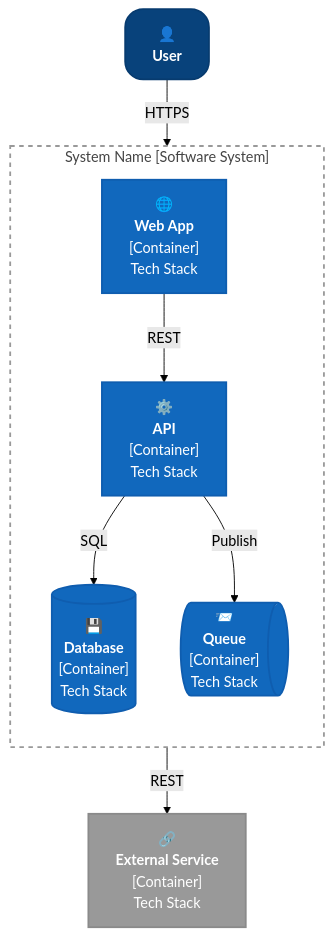
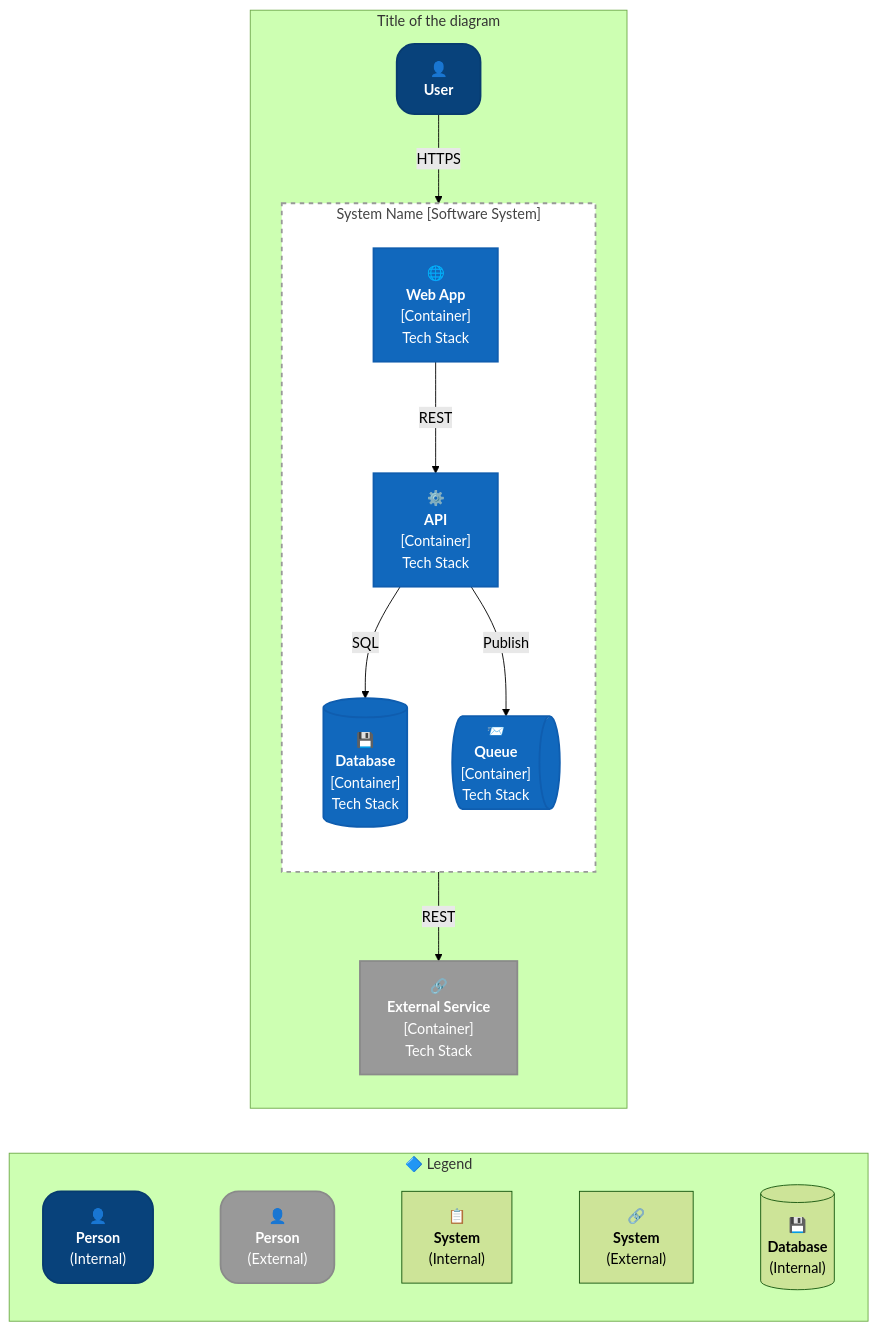
One commit to LockTar/C4-Modeling-in-Mermaid changed the sixth of 6 diagrams in C4-cheatsheets/C4-Container-Diagram-Mermaid-Flowchart-Cheatsheet.md. Above: the diagram before and after it, drawn with Mermaid (forest theme). The commit also changed other lines of this file and 3 other files, not shown here.

Commit message:
Enhance C4 Mermaid Cheatsheets with PersonExt class definitions and improve diagram styling for clarity and consistency

````diff
--- a/C4-cheatsheets/C4-Container-Diagram-Mermaid-Flowchart-Cheatsheet.md
+++ b/C4-cheatsheets/C4-Container-Diagram-Mermaid-Flowchart-Cheatsheet.md
@@ -319,49 +319,74 @@
 ```mermaid
 flowchart TB
     %% ===== STYLES =====
     classDef Person fill:#08427b,stroke:#073b6f,color:#fff,rx:20px,ry:20px,stroke-width:2px;
+    classDef PersonExt fill:#999999,stroke:#8a8a8a,color:#fff,rx:20px,ry:20px,stroke-width:2px;
     classDef Container fill:#1168bd,stroke:#0f5daf,color:#fff,stroke-width:2px;
     classDef ContainerDb fill:#1168bd,stroke:#0f5daf,color:#fff,stroke-width:2px;
     classDef ContainerQueue fill:#1168bd,stroke:#0f5daf,color:#fff,stroke-width:2px;
     classDef ContainerExt fill:#999999,stroke:#8a8a8a,color:#fff,stroke-width:2px;
-    classDef ContainerBoundary fill:none,stroke:#999,stroke-width:2px,stroke-dasharray: 5 5,color:#444;
+    classDef ContainerBoundary fill:#fff,stroke:#999,stroke-width:2px,stroke-dasharray: 5 5,color:#444;
 
-    %% ===== ACTORS =====
-    user["👤<br/><b>User</b>"]
+    subgraph main["Title of the diagram"]
+        direction TB
+        %% ===== ACTORS =====
+        user["👤<br/><b>User</b>"]
 
-    class user Person
+        class user Person
 
-    %% ===== MAIN SYSTEM BOUNDARY =====
-    subgraph sys["System Name [Software System]"]
-        direction TB
+        %% ===== MAIN SYSTEM BOUNDARY =====
+        subgraph sys["System Name [Software System]"]
+            direction TB
 
-        %% Internal Containers
-        web["🌐<br/><b>Web App</b><br/>[Container]<br/>Tech Stack"]
-        api["⚙️<br/><b>API</b><br/>[Container]<br/>Tech Stack"]
+            %% Internal Containers
+            web["🌐<br/><b>Web App</b><br/>[Container]<br/>Tech Stack"]
+            api["⚙️<br/><b>API</b><br/>[Container]<br/>Tech Stack"]
 
-        %% Database Containers
-        db[("💾<br/><b>Database</b><br/>[Container]<br/>Tech Stack")]
+            %% Database Containers
+            db[("💾<br/><b>Database</b><br/>[Container]<br/>Tech Stack")]
 
-        %% Message Queue
-        queue@{ shape: das, label: "📨<br/><b>Queue</b><br/>[Container]<br/>Tech Stack" }
+            %% Message Queue
+            queue@{ shape: das, label: "📨<br/><b>Queue</b><br/>[Container]<br/>Tech Stack" }
 
-        class web,api Container
-        class db ContainerDb
-        class queue ContainerQueue
+            class web,api Container
+            class db ContainerDb
+            class queue ContainerQueue
 
-        %% Relationships
-        web -->|REST| api
-        api -->|SQL| db
-        api -->|Publish| queue
+            %% Relationships
+            web -->|REST| api
+            api -->|SQL| db
+            api -->|Publish| queue
+        end
+        class sys ContainerBoundary;
+
+        %% ===== EXTERNAL CONTAINERS =====
+        extservice["🔗<br/><b>External Service</b><br/>[Container]<br/>Tech Stack"]
+
+        class extservice ContainerExt
+
+        %% ===== RELATIONSHIPS =====
+        user -->|HTTPS| web
+        queue -->|REST| extservice
     end
-    class sys ContainerBoundary;
 
-    %% ===== EXTERNAL CONTAINERS =====
-    extservice["🔗<br/><b>External Service</b><br/>[Container]<br/>Tech Stack"]
+    %% ===== LEGEND =====
+    subgraph legend["🔷 Legend"]
+        direction LR
+        leg1["👤<br/><b>Person</b><br/>(Internal)"]
+        leg2["👤<br/><b>Person</b><br/>(External)"]
+        leg3["📋<br/><b>System</b><br/>(Internal)"]
+        leg4["🔗<br/><b>System</b><br/>(External)"]
+        leg5[("💾<br/><b>Database</b><br/>(Internal)")]
 
-    class extservice ContainerExt
+        leg1 ~~~ leg2 ~~~ leg3 ~~~ leg4 ~~~ leg5
 
-    %% ===== RELATIONSHIPS =====
-    user -->|HTTPS| web
-    queue -->|REST| extservice
+        class leg1 Person
+        class leg2 PersonExt
+        class leg3 System
+        class leg4 SystemExt
+        class leg5 SystemDb
+    end
+    class legend SystemBoundary
+
+    main ~~~ legend
 ```
````
